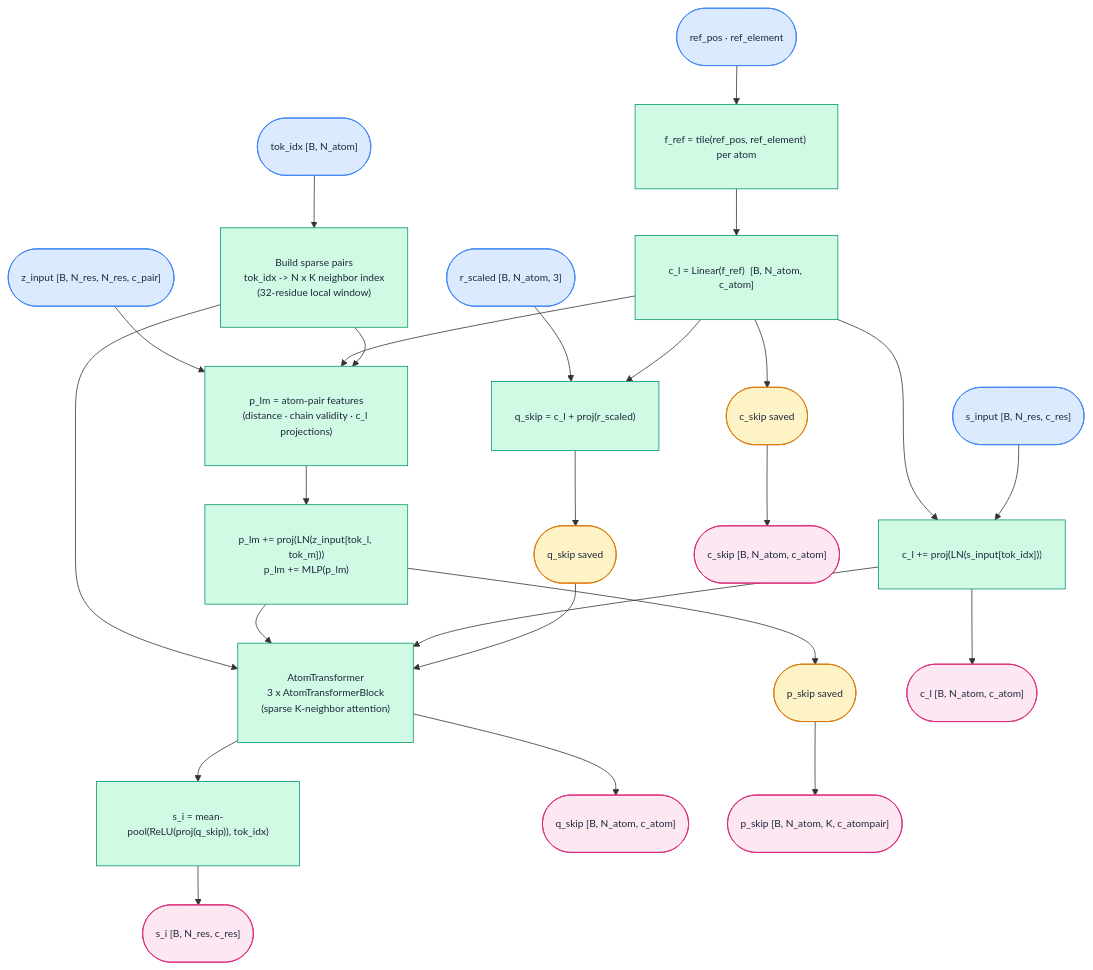
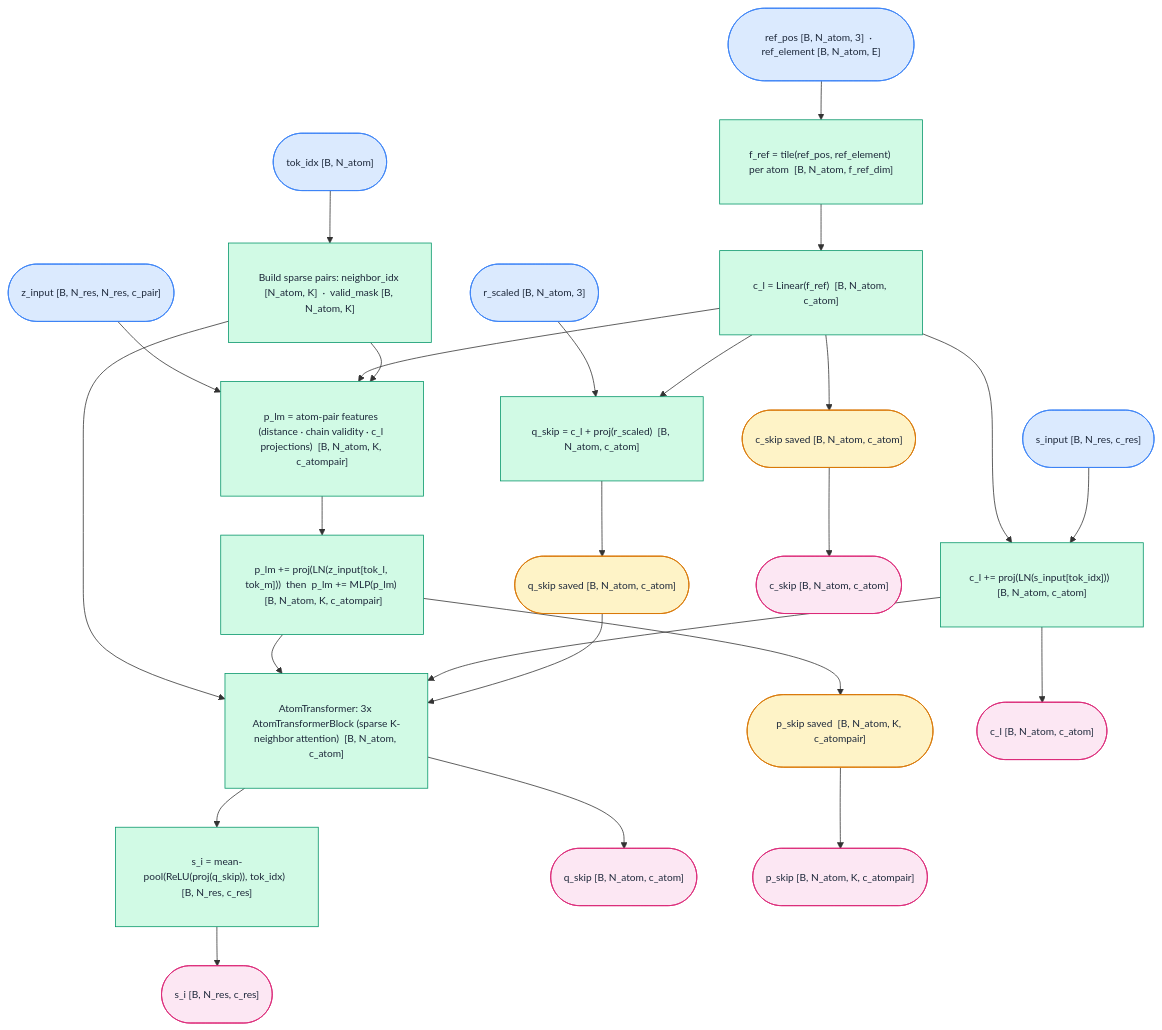
Before and after one commit to tmatteso/diffusion: the third of 3 diagrams in docs/architecture.rst, drawn with Mermaid. The commit also changed other lines of this file and 4 other files, not shown here.

Commit message:
further mermaid plot revisions

```diff
--- a/docs/architecture.rst
+++ b/docs/architecture.rst
@@ -102,39 +102,39 @@
 .. mermaid::
 
    flowchart TD
        classDef inp  fill:#dbeafe,stroke:#3b82f6,color:#1e293b,font-size:13px,padding:8px
        classDef proc fill:#d1fae5,stroke:#059669,color:#1e293b,font-size:13px,padding:8px
        classDef skip fill:#fef3c7,stroke:#d97706,color:#1e293b,font-size:13px,padding:8px
        classDef out  fill:#fce7f3,stroke:#db2777,color:#1e293b,font-size:13px,padding:8px
 
-       A1(["ref_pos · ref_element"]):::inp
+       A1(["ref_pos [B, N_atom, 3]  ·  ref_element [B, N_atom, E]"]):::inp
        A2(["s_input  [B, N_res, c_res]"]):::inp
        A3(["z_input  [B, N_res, N_res, c_pair]"]):::inp
        A4(["r_scaled  [B, N_atom, 3]"]):::inp
        A5(["tok_idx  [B, N_atom]"]):::inp
 
-       A5  --> SP["Build sparse pairs\ntok_idx -> N x K neighbor index\n(32-residue local window)"]:::proc
+       A5  --> SP["Build sparse pairs: neighbor_idx [N_atom, K]  ·  valid_mask [B, N_atom, K]"]:::proc
 
-       A1  --> FR["f_ref = tile(ref_pos, ref_element) per atom"]:::proc
+       A1  --> FR["f_ref = tile(ref_pos, ref_element) per atom  [B, N_atom, f_ref_dim]"]:::proc
        FR  --> CL["c_l = Linear(f_ref)  [B, N_atom, c_atom]"]:::proc
-       CL  --> CS(["c_skip  saved"]):::skip
+       CL  --> CS(["c_skip saved  [B, N_atom, c_atom]"]):::skip
 
-       CL & A4 --> QS["q_skip = c_l + proj(r_scaled)"]:::proc
-       QS  --> QSS(["q_skip  saved"]):::skip
+       CL & A4 --> QS["q_skip = c_l + proj(r_scaled)  [B, N_atom, c_atom]"]:::proc
+       QS  --> QSS(["q_skip saved  [B, N_atom, c_atom]"]):::skip
 
-       SP & CL --> PM["p_lm = atom-pair features\n(distance · chain validity · c_l projections)"]:::proc
+       SP & CL --> PM["p_lm = atom-pair features (distance · chain validity · c_l projections)  [B, N_atom, K, c_atompair]"]:::proc
        A3  --> PM
 
-       A2 & CL --> CL2["c_l += proj(LN(s_input[tok_idx]))"]:::proc
-       PM  --> PML["p_lm += proj(LN(z_input[tok_l, tok_m]))\np_lm += MLP(p_lm)"]:::proc
-       PML --> PS(["p_skip  saved"]):::skip
+       A2 & CL --> CL2["c_l += proj(LN(s_input[tok_idx]))  [B, N_atom, c_atom]"]:::proc
+       PM  --> PML["p_lm += proj(LN(z_input[tok_l, tok_m]))  then  p_lm += MLP(p_lm)  [B, N_atom, K, c_atompair]"]:::proc
+       PML --> PS(["p_skip saved  [B, N_atom, K, c_atompair]"]):::skip
 
-       QSS & CL2 & PML & SP --> AT["AtomTransformer\n3 x AtomTransformerBlock\n(sparse K-neighbor attention)"]:::proc
+       QSS & CL2 & PML & SP --> AT["AtomTransformer: 3x AtomTransformerBlock (sparse K-neighbor attention)  [B, N_atom, c_atom]"]:::proc
 
-       AT  --> MP["s_i = mean-pool(ReLU(proj(q_skip)), tok_idx)"]:::proc
+       AT  --> MP["s_i = mean-pool(ReLU(proj(q_skip)), tok_idx)  [B, N_res, c_res]"]:::proc
 
        MP  --> O1(["s_i  [B, N_res, c_res]"]):::out
        AT  --> O2(["q_skip  [B, N_atom, c_atom]"]):::out
        CS  --> O3(["c_skip  [B, N_atom, c_atom]"]):::out
        PS  --> O4(["p_skip  [B, N_atom, K, c_atompair]"]):::out
        CL2 --> O5(["c_l  [B, N_atom, c_atom]"]):::out
```
